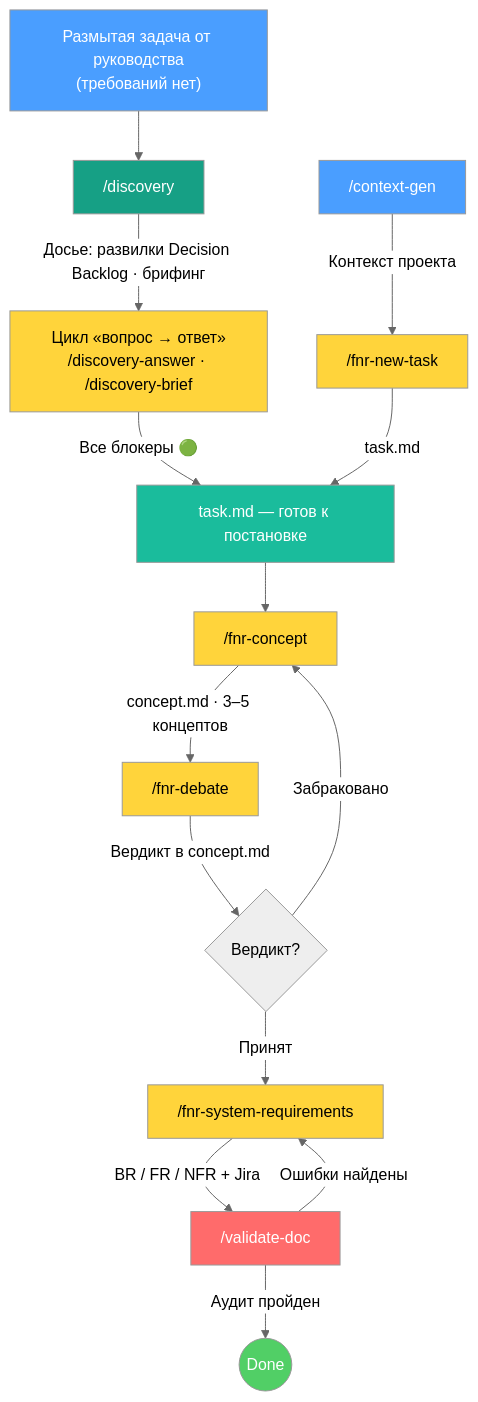
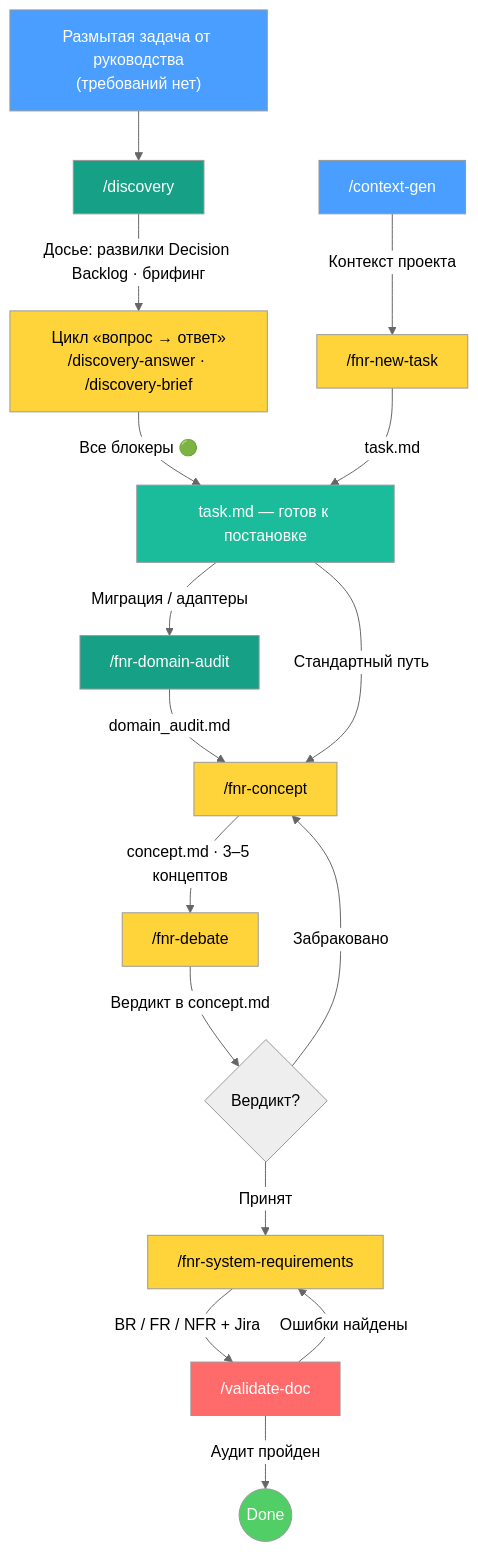
One commit to boboden541/sa-helper changed the second of 4 diagrams in README.md. Above: the diagram before and after it, drawn with Mermaid (neutral theme). The commit also changed other lines of this file and 10 other files, not shown here.

First line of the commit message:
feat(fnr): add /fnr-domain-audit and architecture completeness gates

````diff
--- a/README.md
+++ b/README.md
@@ -169,31 +169,34 @@
 ```mermaid
 flowchart TD
     A["/context-gen"] -->|"Контекст проекта"| B["/fnr-new-task"]
     T["Размытая задача от руководства<br/>(требований нет)"] --> D["/discovery"]
     D -->|"Досье: развилки Decision Backlog · брифинг"| Q["Цикл «вопрос → ответ»<br/>/discovery-answer · /discovery-brief"]
     Q -->|"Все блокеры 🟢"| T2["task.md — готов к постановке"]
     B -->|"task.md"| T2
 
-    T2 --> C["/fnr-concept"]
+    T2 -->|"Миграция / адаптеры"| DA["/fnr-domain-audit"]
+    DA -->|"domain_audit.md"| C["/fnr-concept"]
+    T2 -->|"Стандартный путь"| C
     C -->|"concept.md · 3–5 концептов"| DD["/fnr-debate"]
     DD -->|"Вердикт в concept.md"| E{Вердикт?}
 
     E -->|"Принят"| F["/fnr-system-requirements"]
     E -->|"Забраковано"| C
 
     F -->|"BR / FR / NFR + Jira"| G["/validate-doc"]
     G -->|"Аудит пройден"| H(("Done"))
     G -->|"Ошибки найдены"| F
 
     style A fill:#4a9eff,color:#fff
     style T fill:#4a9eff,color:#fff
     style D fill:#16a085,color:#fff
     style Q fill:#ffd43b,color:#000
     style B fill:#ffd43b,color:#000
     style T2 fill:#1abc9c,color:#fff
+    style DA fill:#16a085,color:#fff
     style C fill:#ffd43b,color:#000
     style DD fill:#ffd43b,color:#000
     style F fill:#ffd43b,color:#000
     style G fill:#ff6b6b,color:#fff
     style H fill:#51cf66,color:#fff
 ```
````
